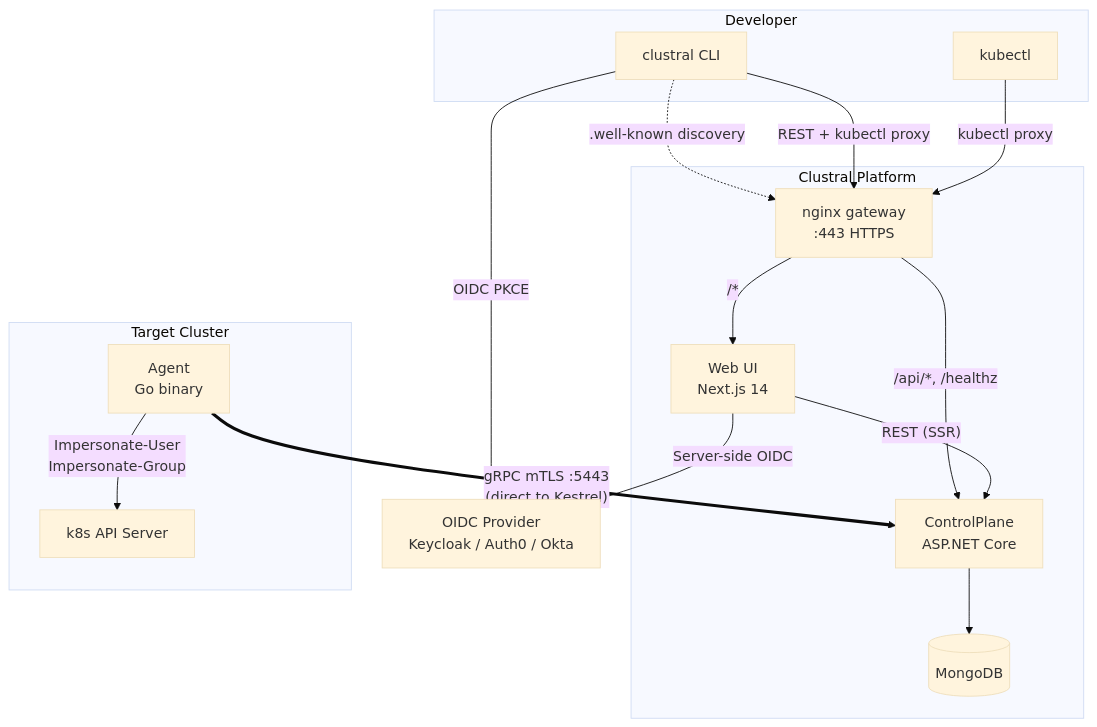
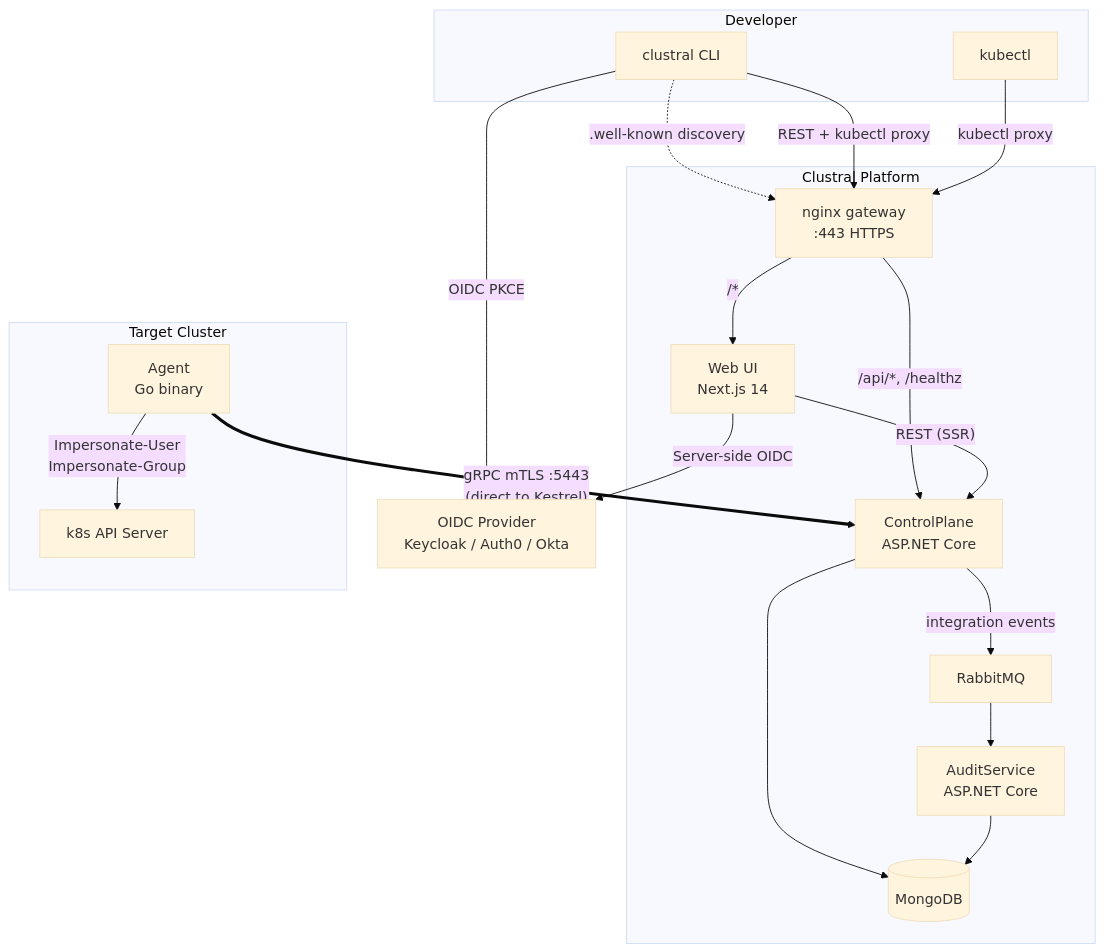
One commit to Clustral/clustral changed the first of 18 diagrams in README.md. Above: the diagram before and after it, drawn with Mermaid (base theme). The commit also changed other lines of this file, not shown here.

First line of the commit message:
docs: add audit logging section + update diagrams with event codes

````diff
--- a/README.md
+++ b/README.md
@@ -18,33 +18,38 @@
 ```mermaid
 graph TB
     subgraph Developer
         CLI[clustral CLI]
         KB[kubectl]
     end
 
     subgraph "Clustral Platform"
         NGX[nginx gateway<br/>:443 HTTPS]
         WEB[Web UI<br/>Next.js 14]
         CP[ControlPlane<br/>ASP.NET Core]
+        RMQ[RabbitMQ]
+        AUDIT[AuditService<br/>ASP.NET Core]
         DB[(MongoDB)]
     end
 
     OIDC[OIDC Provider<br/>Keycloak / Auth0 / Okta]
 
     subgraph "Target Cluster"
         AGENT[Agent<br/>Go binary]
         K8S[k8s API Server]
     end
 
     CLI -.->|".well-known discovery"| NGX
     CLI -->|REST + kubectl proxy| NGX
     KB -->|kubectl proxy| NGX
     NGX -->|"/api/*, /healthz"| CP
     NGX -->|"/*"| WEB
     CLI -->|OIDC PKCE| OIDC
     WEB -->|Server-side OIDC| OIDC
     WEB -->|"REST (SSR)"| CP
     CP --> DB
+    CP -->|integration events| RMQ
+    RMQ --> AUDIT
+    AUDIT --> DB
     AGENT ==>|"gRPC mTLS :5443<br/>(direct to Kestrel)"| CP
     AGENT -->|Impersonate-User<br/>Impersonate-Group| K8S
 ```
````
